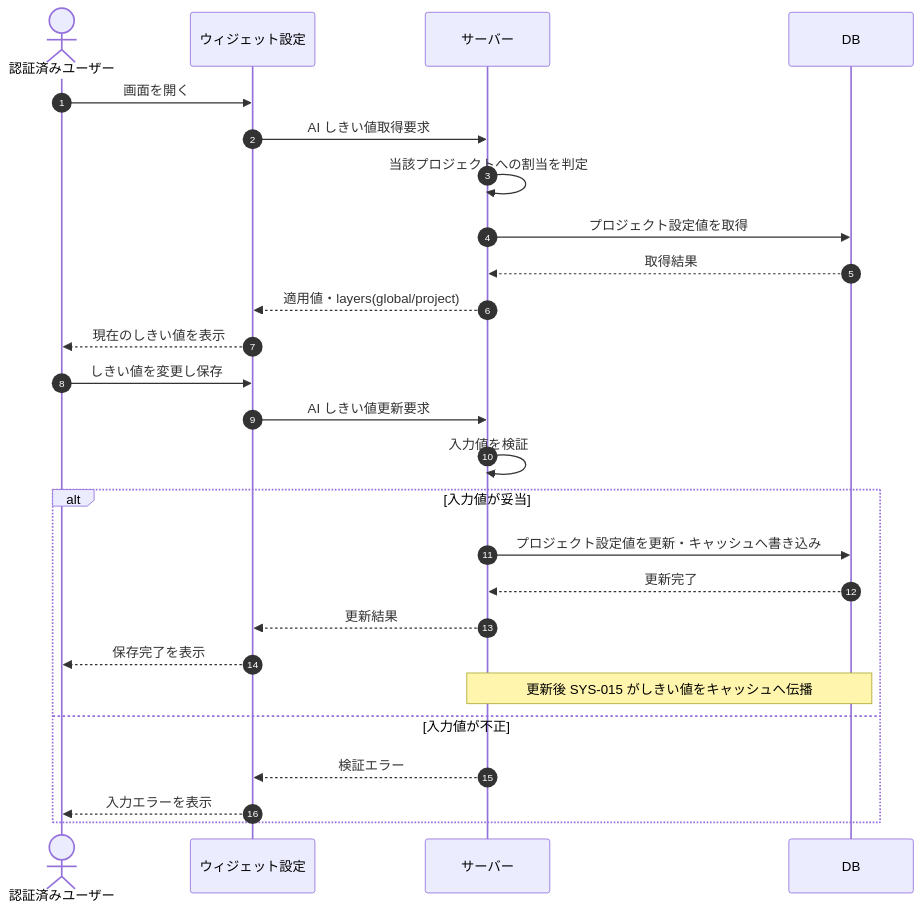
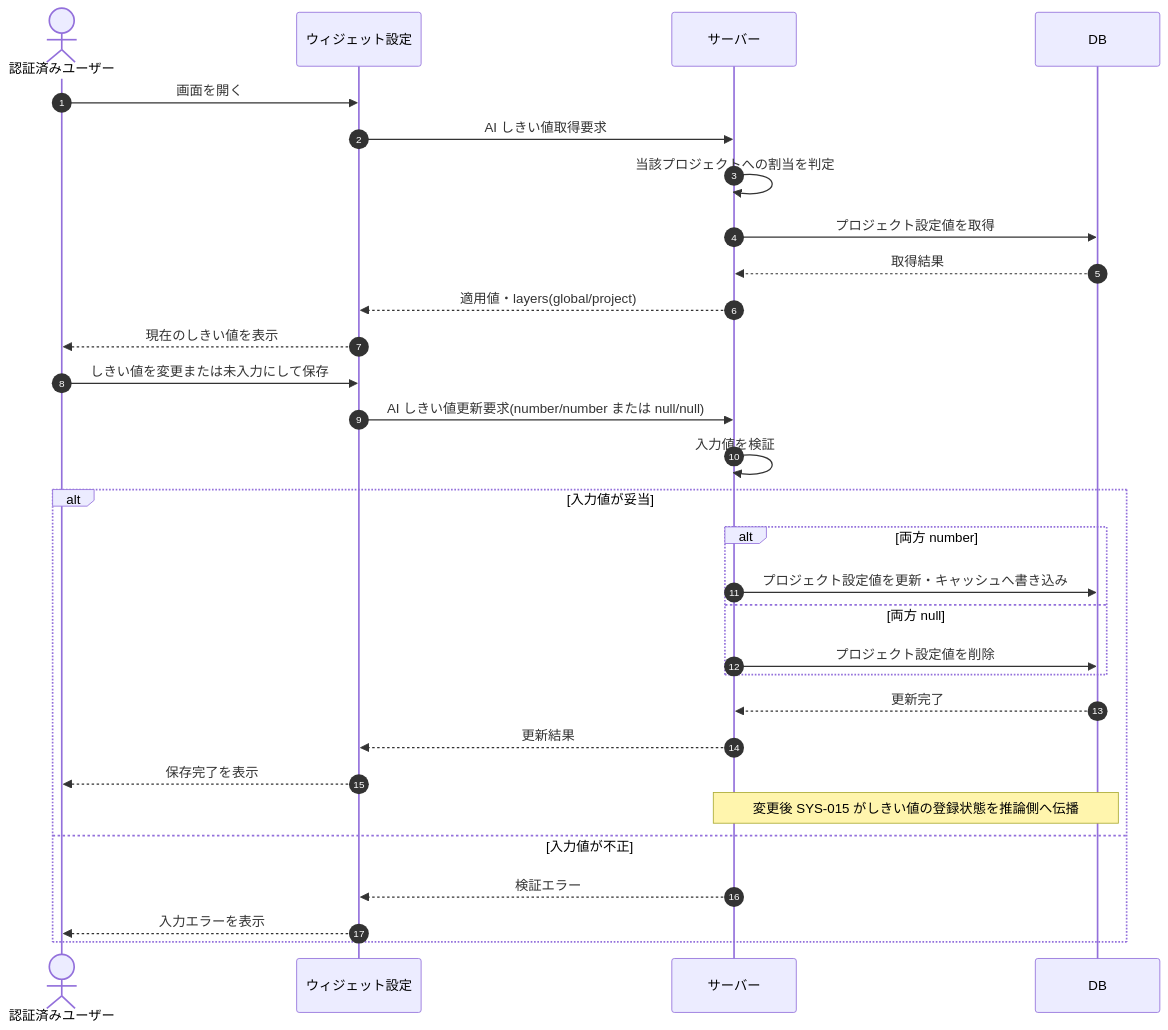
Before and after one commit to sikakou54/open-faq: the diagram in 02_basic_design/03_sequences/SEQ-122.md, drawn with Mermaid. The commit also changed other lines of this file and 5 other files, not shown here.

````diff
--- a/02_basic_design/03_sequences/SEQ-122.md
+++ b/02_basic_design/03_sequences/SEQ-122.md
@@ -15,28 +15,32 @@
 ```mermaid
 sequenceDiagram
   autonumber
   actor U as 認証済みユーザー
   participant Screen as ウィジェット設定
   participant Server as サーバー
   participant DB as DB
   U->>Screen: 画面を開く
   Screen->>Server: AI しきい値取得要求
   Server->>Server: 当該プロジェクトへの割当を判定
   Server->>DB: プロジェクト設定値を取得
   DB-->>Server: 取得結果
   Server-->>Screen: 適用値・layers(global/project)
   Screen-->>U: 現在のしきい値を表示
-  U->>Screen: しきい値を変更し保存
-  Screen->>Server: AI しきい値更新要求
+  U->>Screen: しきい値を変更または未入力にして保存
+  Screen->>Server: AI しきい値更新要求(number/number または null/null)
   Server->>Server: 入力値を検証
   alt 入力値が妥当
-    Server->>DB: プロジェクト設定値を更新・キャッシュへ書き込み
+    alt 両方 number
+      Server->>DB: プロジェクト設定値を更新・キャッシュへ書き込み
+    else 両方 null
+      Server->>DB: プロジェクト設定値を削除
+    end
     DB-->>Server: 更新完了
     Server-->>Screen: 更新結果
     Screen-->>U: 保存完了を表示
-    Note over Server,DB: 更新後 SYS-015 がしきい値をキャッシュへ伝播
+    Note over Server,DB: 変更後 SYS-015 がしきい値の登録状態を推論側へ伝播
   else 入力値が不正
     Server-->>Screen: 検証エラー
     Screen-->>U: 入力エラーを表示
   end
 ```
````
